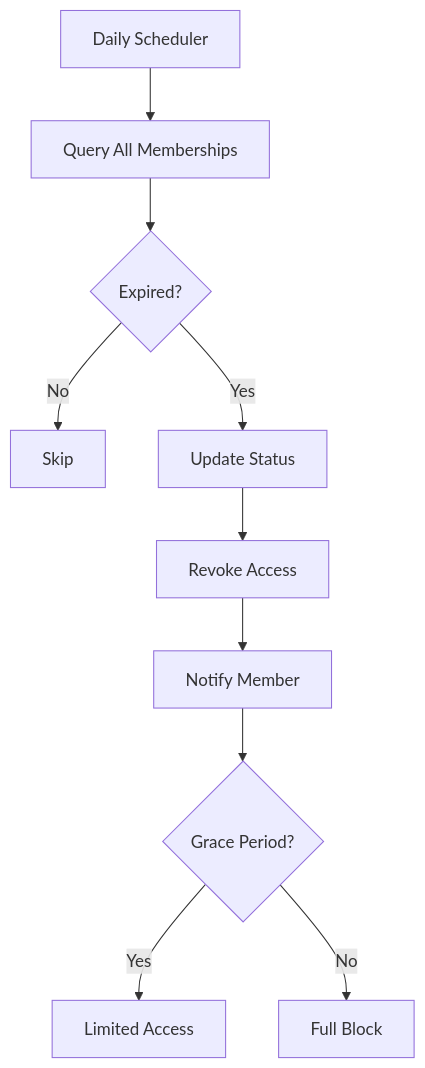
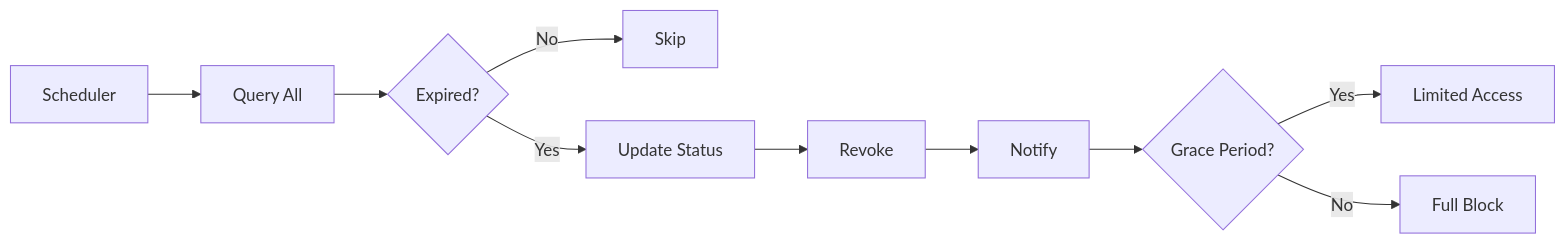
The fourth of 14 diagrams in docs/workflows.md (coded-with-aryan0426/gym-management-system-fullstack), drawn with Mermaid before and after one commit. The commit also changed other lines of this file and 16 other files, not shown here.

````diff
--- a/docs/workflows.md
+++ b/docs/workflows.md
@@ -76,12 +86,12 @@
 ```mermaid
-flowchart TB
-    A[Daily Scheduler] --> B[Query All Memberships]
+flowchart LR
+    A[Scheduler] --> B[Query All]
     B --> C{Expired?}
     C -->|No| D[Skip]
     C -->|Yes| E[Update Status]
-    E --> F[Revoke Access]
-    F --> G[Notify Member]
+    E --> F[Revoke]
+    F --> G[Notify]
     G --> H{Grace Period?}
     H -->|Yes| I[Limited Access]
     H -->|No| J[Full Block]
 ```
````
